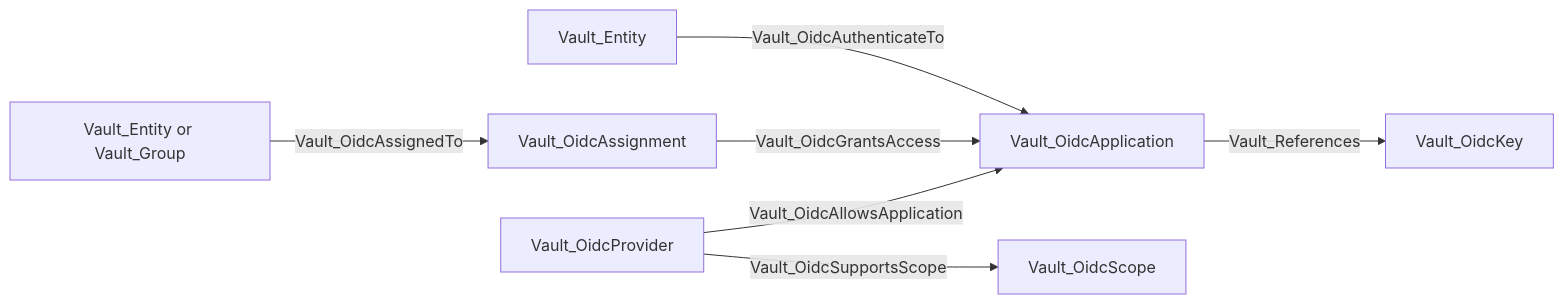
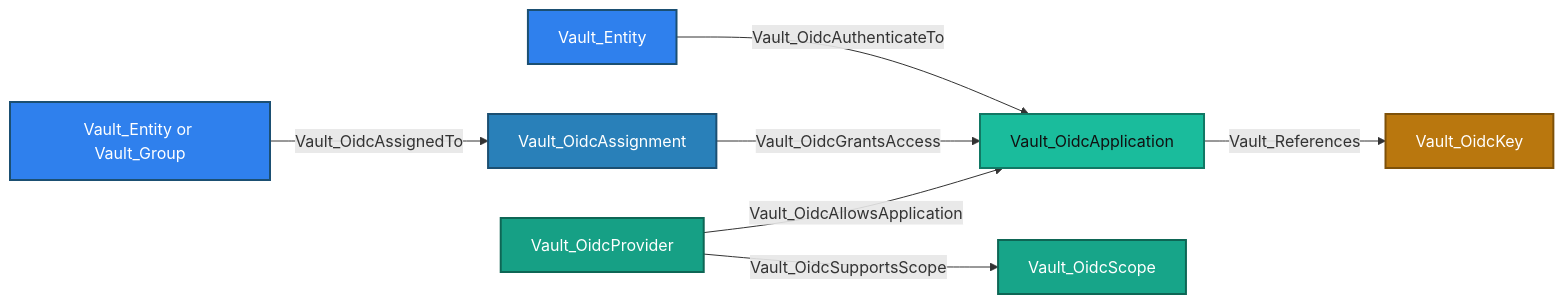
The seventh of 11 diagrams in Documentation/stores/IDENTITY.md (bytewreck/opengraph-vault), drawn with Mermaid before and after one commit. The commit also changed other lines of this file and 4 other files, not shown here.

````diff
--- a/Documentation/stores/IDENTITY.md
+++ b/Documentation/stores/IDENTITY.md
@@ -161,9 +190,17 @@
 ```mermaid
 flowchart LR
-    provider[Vault_OidcProvider] -->|Vault_OidcAllowsApplication| app[Vault_OidcApplication]
-    provider -->|Vault_OidcSupportsScope| scope[Vault_OidcScope]
-    app -->|Vault_References| key[Vault_OidcKey]
-    principal[Vault_Entity or Vault_Group] -->|Vault_OidcAssignedTo| assignment[Vault_OidcAssignment]
+    provider[Vault_OidcProvider]:::oidcProviderNode -->|Vault_OidcAllowsApplication| app[Vault_OidcApplication]:::oidcApplicationNode
+    provider -->|Vault_OidcSupportsScope| scope[Vault_OidcScope]:::oidcScopeNode
+    app -->|Vault_References| key[Vault_OidcKey]:::oidcKeyNode
+    principal[Vault_Entity or Vault_Group]:::identityNode -->|Vault_OidcAssignedTo| assignment[Vault_OidcAssignment]:::oidcAssignmentNode
     assignment -->|Vault_OidcGrantsAccess| app
-    entity[Vault_Entity] -->|Vault_OidcAuthenticateTo| app
+    entity[Vault_Entity]:::entityNode -->|Vault_OidcAuthenticateTo| app
+
+    classDef oidcProviderNode fill:#16A085,color:#fff,stroke:#0E6655,stroke-width:2px
+    classDef oidcApplicationNode fill:#1ABC9C,color:#111,stroke:#117864,stroke-width:2px
+    classDef oidcScopeNode fill:#17A589,color:#fff,stroke:#0E6655,stroke-width:2px
+    classDef oidcKeyNode fill:#B9770E,color:#fff,stroke:#7E5109,stroke-width:2px
+    classDef oidcAssignmentNode fill:#2980B9,color:#fff,stroke:#1B4F72,stroke-width:2px
+    classDef identityNode fill:#2F80ED,color:#fff,stroke:#1B4F72,stroke-width:2px
+    classDef entityNode fill:#2F80ED,color:#fff,stroke:#1B4F72,stroke-width:2px
 ```
````
